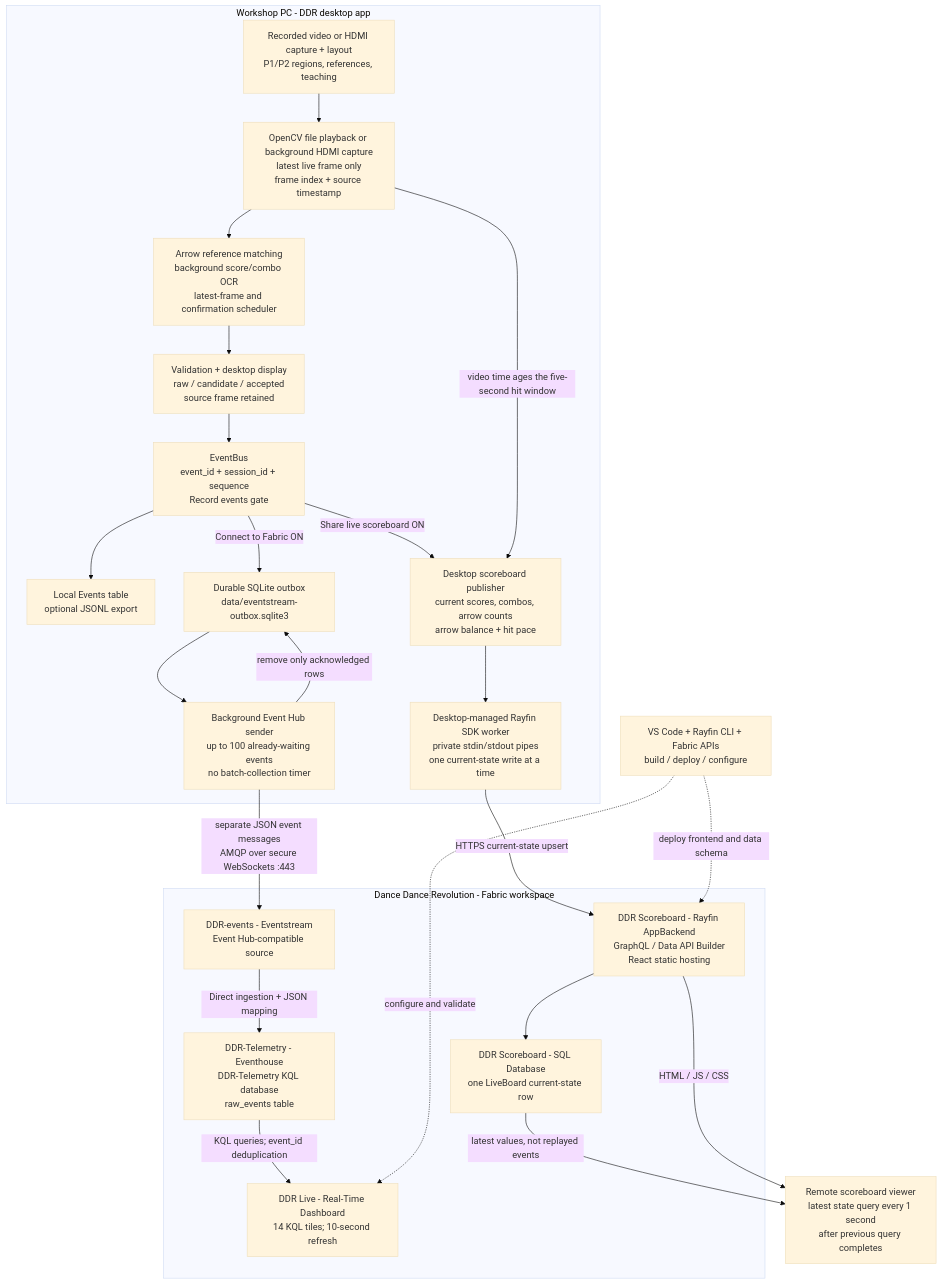
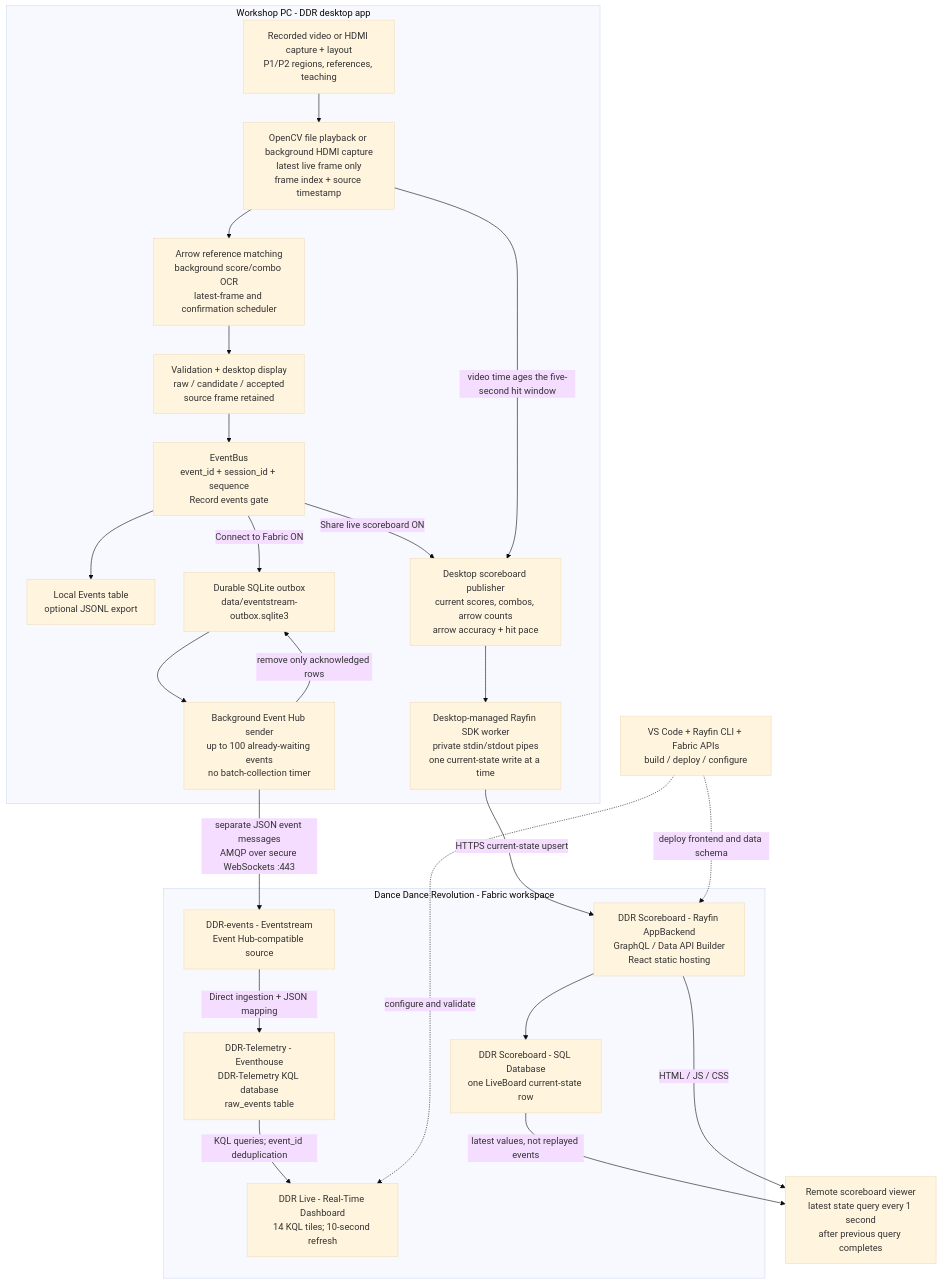
One commit to ecotte/ddr-vide-app-edgar-version changed the diagram in docs/architecture.md. Above: the diagram before and after it, drawn with Mermaid (base theme). The commit also changed other lines of this file and 30 other files, not shown here.

````diff
--- a/docs/architecture.md
+++ b/docs/architecture.md
@@ -11,40 +11,40 @@
 ```mermaid
 flowchart TB
   subgraph PC["Workshop PC - DDR desktop app"]
     VIDEO["Recorded video or HDMI capture + layout<br/>P1/P2 regions, references, teaching"]
     FRAMES["OpenCV file playback or background HDMI capture<br/>latest live frame only<br/>frame index + source timestamp"]
     ANALYSIS["Arrow reference matching<br/>background score/combo OCR<br/>latest-frame and confirmation scheduler"]
     RULES["Validation + desktop display<br/>raw / candidate / accepted<br/>source frame retained"]
     BUS["EventBus<br/>event_id + session_id + sequence<br/>Record events gate"]
     LOCAL["Local Events table<br/>optional JSONL export"]
-    LIVE["Desktop scoreboard publisher<br/>current scores, combos, arrow counts<br/>arrow balance + hit pace"]
+    LIVE["Desktop scoreboard publisher<br/>current scores, combos, arrow counts<br/>arrow accuracy + hit pace"]
     SDK["Desktop-managed Rayfin SDK worker<br/>private stdin/stdout pipes<br/>one current-state write at a time"]
     OUTBOX["Durable SQLite outbox<br/>data/eventstream-outbox.sqlite3"]
     SEND["Background Event Hub sender<br/>up to 100 already-waiting events<br/>no batch-collection timer"]
   end
   subgraph FABRIC["Dance Dance Revolution - Fabric workspace"]
     APP["DDR Scoreboard - Rayfin AppBackend<br/>GraphQL / Data API Builder<br/>React static hosting"]
     SQL["DDR Scoreboard - SQL Database<br/>one LiveBoard current-state row"]
     STREAM["DDR-events - Eventstream<br/>Event Hub-compatible source"]
     HOUSE["DDR-Telemetry - Eventhouse<br/>DDR-Telemetry KQL database<br/>raw_events table"]
     DASH["DDR Live - Real-Time Dashboard<br/>14 KQL tiles; 10-second refresh"]
   end
   VIEW["Remote scoreboard viewer<br/>latest state query every 1 second<br/>after previous query completes"]
   TOOLS["VS Code + Rayfin CLI + Fabric APIs<br/>build / deploy / configure"]
 
   VIDEO --> FRAMES --> ANALYSIS --> RULES --> BUS
   BUS --> LOCAL
   BUS -->|"Share live scoreboard ON"| LIVE
   FRAMES -->|"video time ages the five-second hit window"| LIVE
   LIVE --> SDK -->|"HTTPS current-state upsert"| APP
   APP --> SQL
   SQL -->|"latest values, not replayed events"| VIEW
   APP -->|"HTML / JS / CSS"| VIEW
   BUS -->|"Connect to Fabric ON"| OUTBOX --> SEND
   SEND -->|"separate JSON event messages<br/>AMQP over secure WebSockets :443"| STREAM
   SEND -->|"remove only acknowledged rows"| OUTBOX
   STREAM -->|"Direct ingestion + JSON mapping"| HOUSE
   HOUSE -->|"KQL queries; event_id deduplication"| DASH
   TOOLS -.->|"deploy frontend and data schema"| APP
   TOOLS -.->|"configure and validate"| DASH
 ```
````
